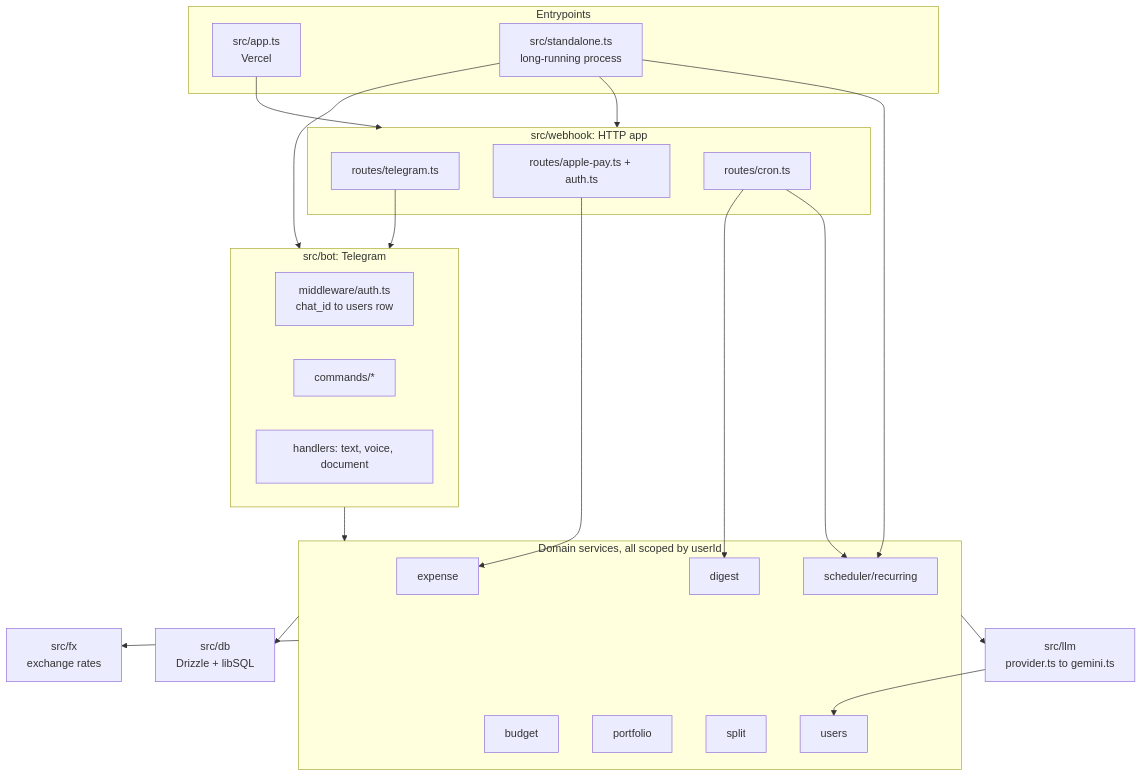
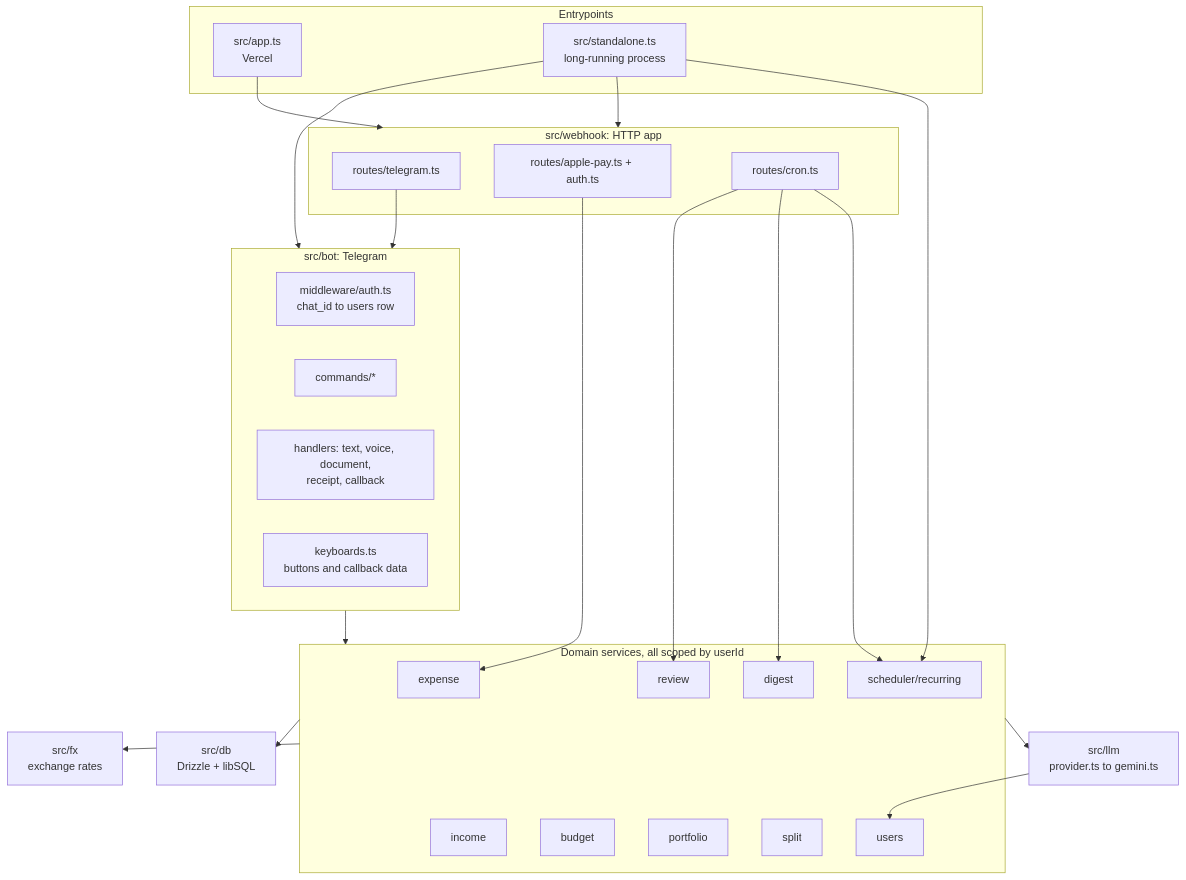
One commit to zzkhong/plutus-ai changed the sixth of 7 diagrams in docs/architecture.md. Above: the diagram before and after it, drawn with Mermaid. The commit also changed other lines of this file and 3 other files, not shown here.

First line of the commit message:
docs: document buttons, receipts, income, budgets and the month review

````diff
--- a/docs/architecture.md
+++ b/docs/architecture.md
@@ -129,47 +164,51 @@
 ```mermaid
 flowchart TB
     subgraph entry["Entrypoints"]
         appts["src/app.ts<br/>Vercel"]
         stand["src/standalone.ts<br/>long-running process"]
     end
 
     subgraph http["src/webhook: HTTP app"]
         rtel["routes/telegram.ts"]
         rapp["routes/apple-pay.ts + auth.ts"]
         rcr["routes/cron.ts"]
     end
 
     subgraph botmod["src/bot: Telegram"]
         mw["middleware/auth.ts<br/>chat_id to users row"]
         cmds["commands/*"]
-        hnd["handlers: text, voice, document"]
+        hnd["handlers: text, voice, document,<br/>receipt, callback"]
+        kb["keyboards.ts<br/>buttons and callback data"]
     end
 
     subgraph domain["Domain services, all scoped by userId"]
         exp["expense"]
+        inc["income"]
         bud["budget"]
+        rev["review"]
         port["portfolio"]
         spl["split"]
         dig["digest"]
         usr["users"]
         sch["scheduler/recurring"]
     end
 
     llm["src/llm<br/>provider.ts to gemini.ts"]
     db["src/db<br/>Drizzle + libSQL"]
     fxmod["src/fx<br/>exchange rates"]
 
     appts --> http
     stand --> http
     stand --> botmod
     stand --> sch
     rtel --> botmod
     rcr --> sch
     rcr --> dig
+    rcr --> rev
     rapp --> exp
     botmod --> domain
     domain --> llm
     domain --> db
     domain --> fxmod
     llm --> usr
 ```
````
